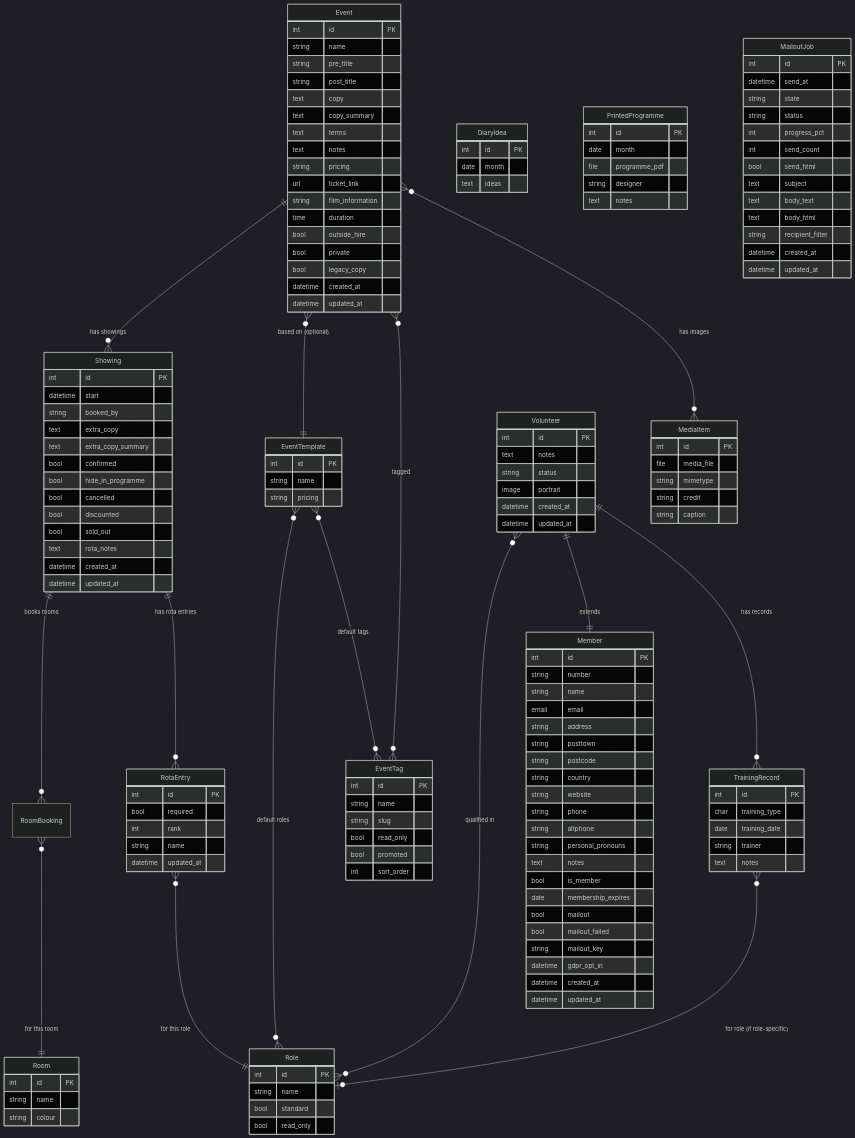
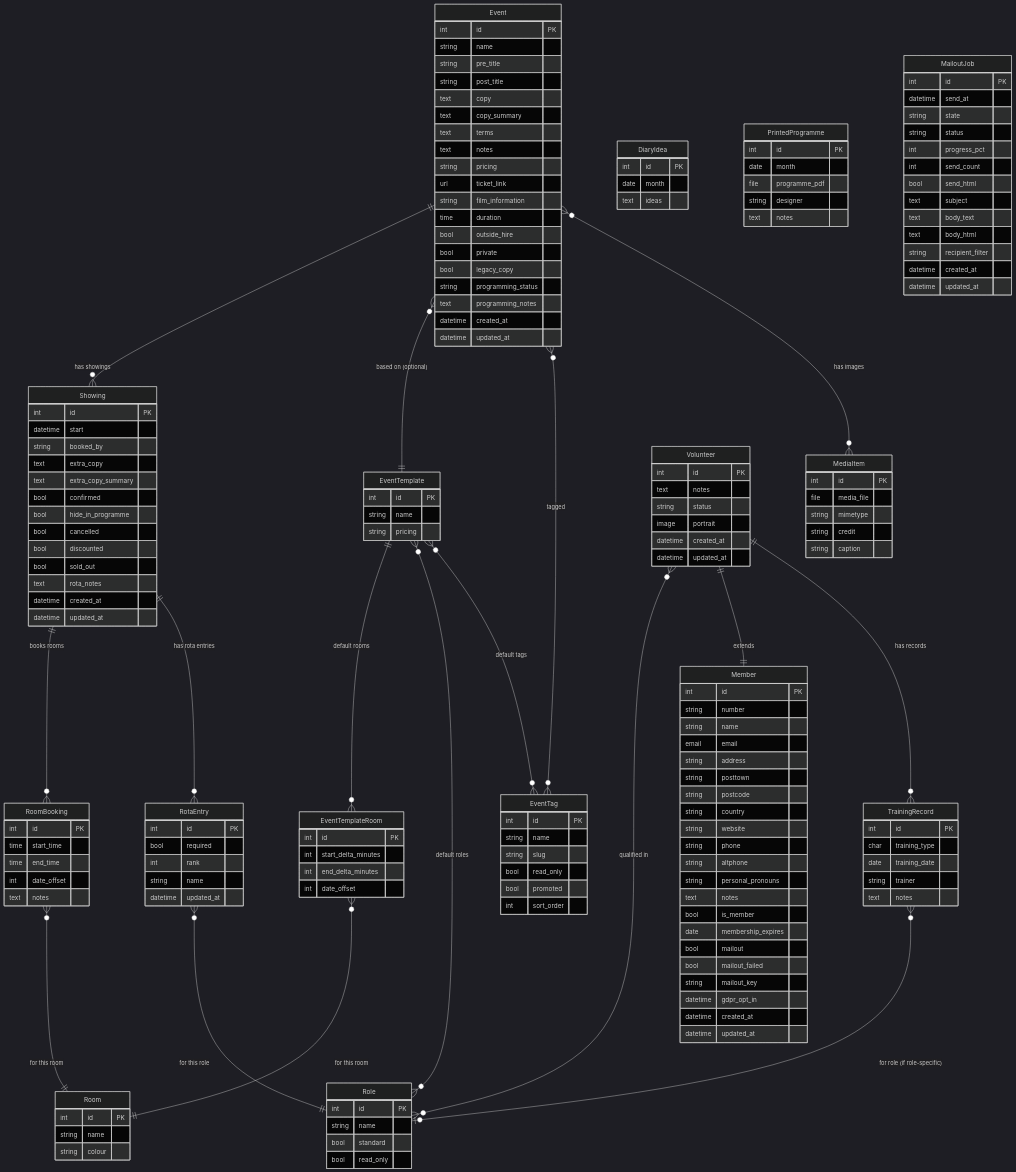
One commit to jdkram/cubetoolkit changed the sixth of 8 diagrams in docs/SPEC.md. Above: the diagram before and after it, drawn with Mermaid (dark theme). The commit also changed other lines of this file and 3 other files, not shown here.

```diff
--- a/docs/SPEC.md
+++ b/docs/SPEC.md
@@ -723,6 +723,8 @@
         bool outside_hire
         bool private
         bool legacy_copy
+        string programming_status
+        text programming_notes
         datetime created_at
         datetime updated_at
     }
@@ -778,6 +780,19 @@
         string mimetype
         string credit
         string caption
+    }
+    RoomBooking {
+        int id PK
+        time start_time
+        time end_time
+        int date_offset
+        text notes
+    }
+    EventTemplateRoom {
+        int id PK
+        int start_delta_minutes
+        int end_delta_minutes
+        int date_offset
     }
     DiaryIdea {
         int id PK
@@ -851,6 +866,8 @@
     Event }o--o{ MediaItem : "has images"
     Showing ||--o{ RoomBooking : "books rooms"
     RoomBooking }o--|| Room : "for this room"
+    EventTemplate ||--o{ EventTemplateRoom : "default rooms"
+    EventTemplateRoom }o--|| Room : "for this room"
     Showing ||--o{ RotaEntry : "has rota entries"
     RotaEntry }o--|| Role : "for this role"
     Volunteer }o--o{ Role : "qualified in"
```
